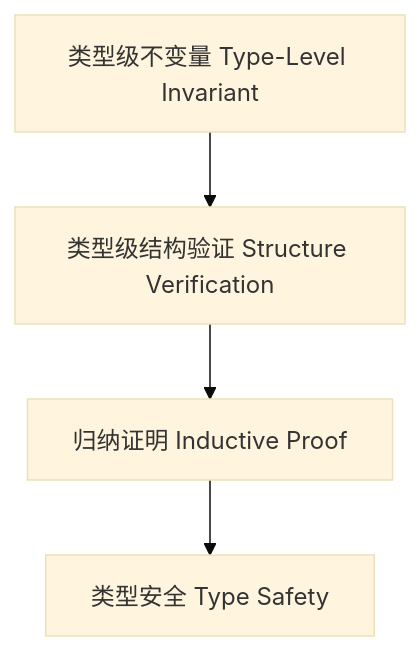
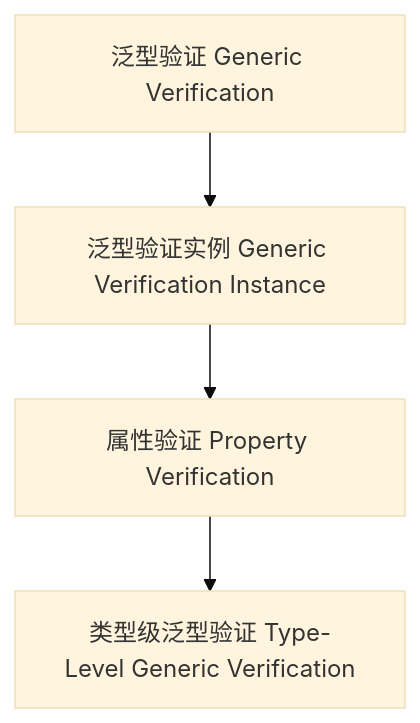
Before and after one commit to AdaMartin18010/haskell: the diagram in docs/analysis/Type/01-Type-Level-Generic-Verification.md, drawn with Mermaid (base theme). The commit also changed other lines of this file and 21 other files, not shown here.

````diff
--- a/docs/analysis/Type/01-Type-Level-Generic-Verification.md
+++ b/docs/analysis/Type/01-Type-Level-Generic-Verification.md
@@ -71,6 +68,6 @@
 ```mermaid
 graph TD
-  A[类型级不变量 Type-Level Invariant] --> B[类型级结构验证 Structure Verification]
-  B --> C[归纳证明 Inductive Proof]
-  C --> D[类型安全 Type Safety]
+  A[泛型验证 Generic Verification] --> B[泛型验证实例 Generic Verification Instance]
+  B --> C[属性验证 Property Verification]
+  C --> D[类型级泛型验证 Type-Level Generic Verification]
 ```
````
